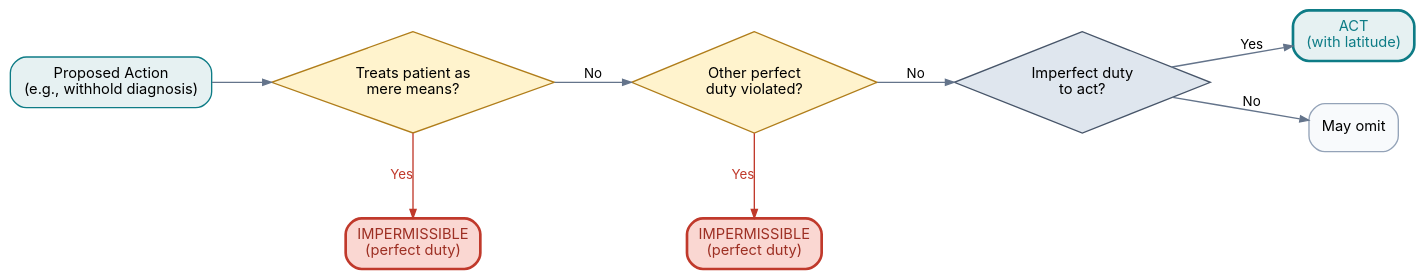
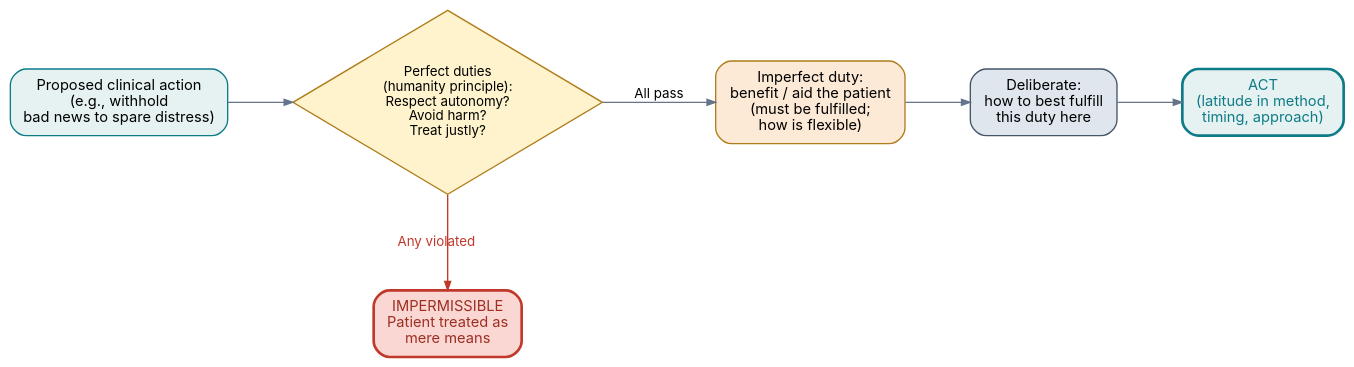
Before and after one commit to brendanpshea/bioethics: the second of 4 diagrams in chapters/01b-theories.qmd, drawn with Graphviz. The commit also changed other lines of this file and 147 other files, not shown here.

````diff
--- a/chapters/01b-theories.qmd
+++ b/chapters/01b-theories.qmd
@@ -223,47 +223,40 @@
 ```{dot}
-//| fig-width: 9
+//| fig-width: 9.5
 //| fig-height: 2.8
-//| fig-cap: "Kantian decision procedure. Amber diamonds are perfect duties — hard stops that hold regardless of outcome. The slate diamond is an imperfect duty, which allows latitude in how and when to act."
+//| fig-cap: "Perfect duties (amber, from the humanity principle) are absolute constraints checked first — any violation makes the action impermissible. The imperfect duty to benefit the patient comes after: it must be fulfilled in some form, but the clinician has latitude in how."
 digraph kant {
   rankdir=LR;
   bgcolor="transparent";
-  graph [nodesep=0.45, ranksep=0.6];
+  graph [nodesep=0.5, ranksep=0.65];
   node [fontname="Inter", fontsize=11, margin="0.13,0.10"];
   edge [color="#64748b", fontname="Inter", fontsize=10, arrowsize=0.65];
 
-  A  [label="Proposed Action\n(e.g., withhold diagnosis)",
+  A  [label="Proposed clinical action\n(e.g., withhold\nbad news to spare distress)",
       shape=box, style="rounded,filled", fillcolor="#e6f1f2", color="#0e7c86"];
 
-  Q1 [label="Treats patient as\nmere means?",
-      shape=diamond, style=filled, fillcolor="#fff3cd", color="#b07d1a"];
-  W1 [label="IMPERMISSIBLE\n(perfect duty)",
+  Q  [label="Perfect duties\n(humanity principle):\nRespect autonomy?\nAvoid harm?\nTreat justly?",
+      shape=diamond, style=filled, fillcolor="#fff3cd", color="#b07d1a", fontsize=10];
+
+  W  [label="IMPERMISSIBLE\nPatient treated as\nmere means",
       shape=box, style="rounded,filled", fillcolor="#fad7d2",
       color="#c0392b", fontcolor="#9d2f23", penwidth=2];
 
-  Q2 [label="Other perfect\nduty violated?",
-      shape=diamond, style=filled, fillcolor="#fff3cd", color="#b07d1a"];
-  W2 [label="IMPERMISSIBLE\n(perfect duty)",
-      shape=box, style="rounded,filled", fillcolor="#fad7d2",
-      color="#c0392b", fontcolor="#9d2f23", penwidth=2];
+  Imp [label="Imperfect duty:\nbenefit / aid the patient\n(must be fulfilled;\nhow is flexible)",
+       shape=box, style="rounded,filled", fillcolor="#fce9d6", color="#b07d1a"];
 
-  Q3 [label="Imperfect duty\nto act?",
-      shape=diamond, style=filled, fillcolor="#dfe6ee", color="#475569"];
-  Act  [label="ACT\n(with latitude)",
-        shape=box, style="rounded,filled",
-        fillcolor="#e6f1f2", color="#0e7c86", fontcolor="#0e7c86", penwidth=2];
-  Omit [label="May omit",
-        shape=box, style="rounded,filled", fillcolor="#f8fafc", color="#94a3b8"];
+  How [label="Deliberate:\nhow to best fulfill\nthis duty here",
+       shape=box, style="rounded,filled", fillcolor="#dfe6ee", color="#475569"];
 
-  A  -> Q1;
-  Q1 -> W1  [label="Yes", color="#c0392b", fontcolor="#c0392b"];
-  Q1 -> Q2  [label="No"];
-  Q2 -> W2  [label="Yes", color="#c0392b", fontcolor="#c0392b"];
-  Q2 -> Q3  [label="No"];
-  Q3 -> Act  [label="Yes"];
-  Q3 -> Omit [label="No"];
+  Act [label="ACT\n(latitude in method,\ntiming, approach)",
+       shape=box, style="rounded,filled",
+       fillcolor="#e6f1f2", color="#0e7c86", fontcolor="#0e7c86", penwidth=2];
 
-  {rank=same; Q1; W1}
-  {rank=same; Q2; W2}
-  {rank=same; Act; Omit}
+  A   -> Q;
+  Q   -> W   [label="Any violated", color="#c0392b", fontcolor="#c0392b"];
+  Q   -> Imp [label="All pass"];
+  Imp -> How;
+  How -> Act;
+
+  {rank=same; Q; W}
 }
 ```
````
